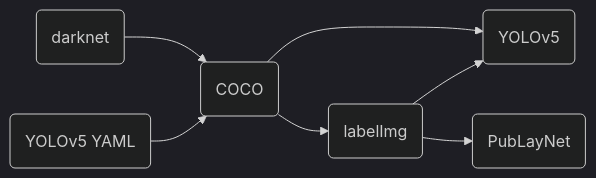
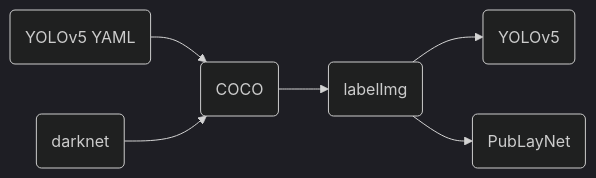
The diagram in content/docs/overview.md (RapidAI/LabelConvert), drawn with Mermaid (dark theme) before and after one commit.

````diff
--- a/content/docs/overview.md
+++ b/content/docs/overview.md
@@ -36,10 +36,9 @@
 ```mermaid
 flowchart LR
 
 A(labelImg) --> B(YOLOv5)
 A --> C(PubLayNet)
 D(COCO) --> A
-D --> B
 E(YOLOv5 YAML) --> D
 F(darknet) --> D
 ```
````
